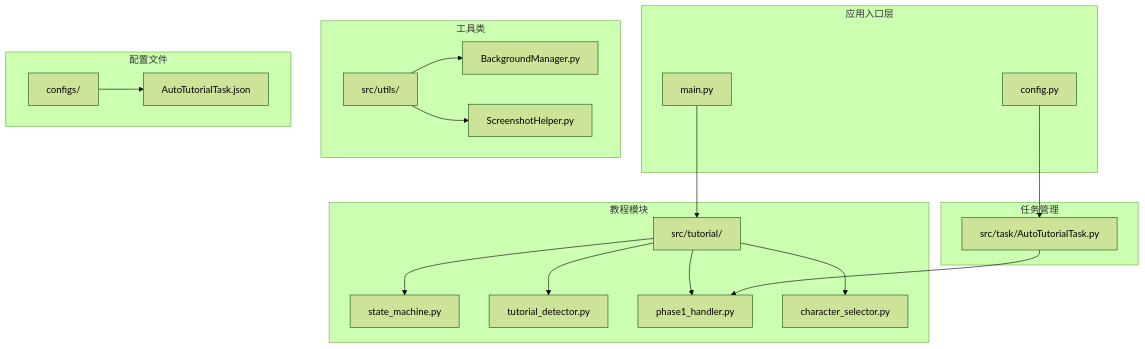
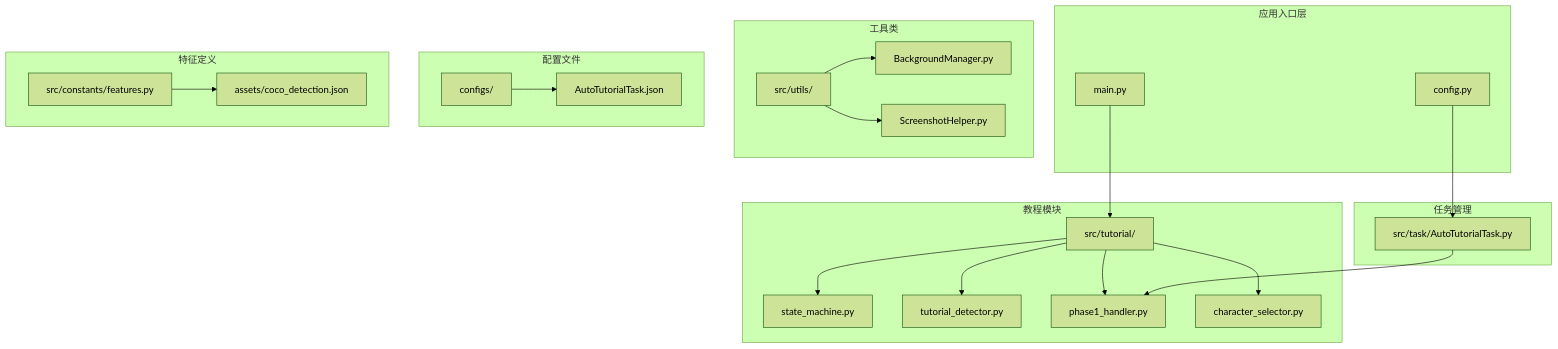
One commit to xsy098-max/ok-jump changed the first of 14 diagrams in .qoder/repowiki/zh/content/核心系统架构/教程检测系统.md. Above: the diagram before and after it, drawn with Mermaid (forest theme). The commit also changed other lines of this file and 13 other files, not shown here.

````diff
--- a/.qoder/repowiki/zh/content/核心系统架构/教程检测系统.md
+++ b/.qoder/repowiki/zh/content/核心系统架构/教程检测系统.md
@@ -45,36 +61,41 @@
 ```mermaid
 graph TB
 subgraph "应用入口层"
 A[main.py]
 B[config.py]
 end
 subgraph "教程模块"
 C[src/tutorial/]
 D[state_machine.py]
 E[tutorial_detector.py]
 F[phase1_handler.py]
 G[character_selector.py]
 end
 subgraph "任务管理"
 H[src/task/AutoTutorialTask.py]
 end
 subgraph "工具类"
 I[src/utils/]
 J[BackgroundManager.py]
 K[ScreenshotHelper.py]
 end
 subgraph "配置文件"
 L[configs/]
 M[AutoTutorialTask.json]
 end
+subgraph "特征定义"
+N[src/constants/features.py]
+O[assets/coco_detection.json]
+end
 A --> C
 B --> H
 C --> D
 C --> E
 C --> F
 C --> G
 H --> F
 I --> J
 I --> K
 L --> M
+N --> O
 ```
````
